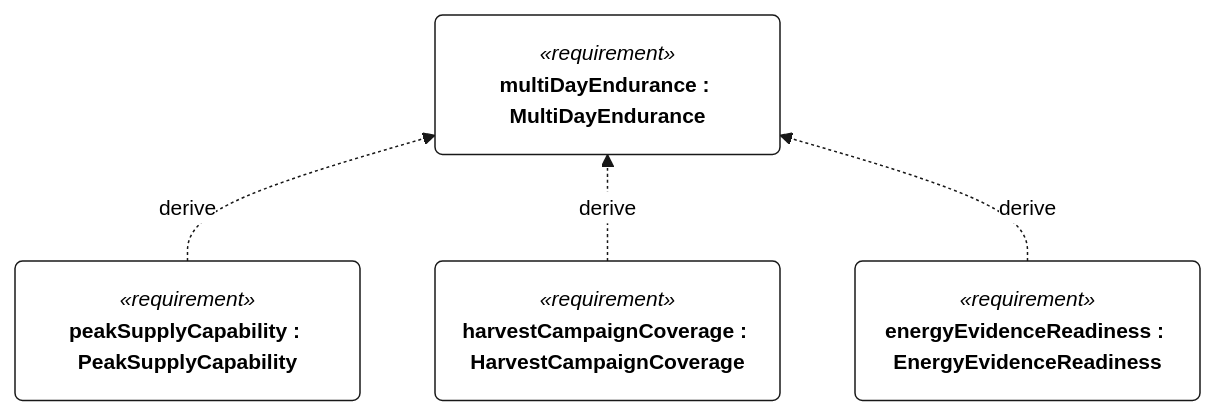
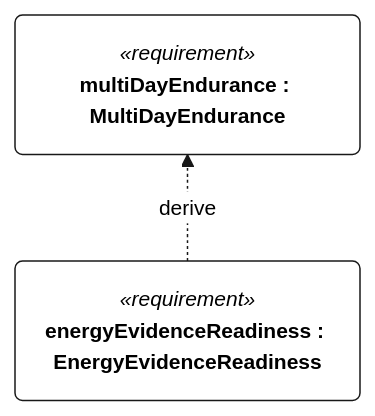
One commit to DavidIngraham/sv-blue-dog changed the second of 2 diagrams in docs/figures/requirements-m-002.md. Above: the diagram before and after it, drawn with Mermaid. The commit also changed other lines of this file and 130 other files, not shown here.

````diff
--- a/docs/figures/requirements-m-002.md
+++ b/docs/figures/requirements-m-002.md
@@ -72,43 +67,35 @@
 ```mermaid
 ---
 config:
   fontFamily: "Helvetica, Arial, sans-serif"
   theme: base
   themeCSS: ".edgeLabel rect { opacity: 1 !important; } .cluster-label .nodeLabel { text-align: center; }"
   themeVariables:
     fontFamily: "Helvetica, Arial, sans-serif"
     fontSize: "14px"
     primaryColor: "#FFFFFF"
     secondaryColor: "#FFFFFF"
     tertiaryColor: "#FFFFFF"
     background: "#FFFFFF"
     primaryBorderColor: "#181818"
     primaryTextColor: "#000000"
     lineColor: "#181818"
     textColor: "#000000"
     noteBkgColor: "#FEFFDD"
     noteBorderColor: "#181818"
     noteTextColor: "#000000"
     clusterBkg: "#FFFFFF"
     clusterBorder: "#181818"
     edgeLabelBackground: "#FFFFFF"
 ---
 %% BlueDogViews::multiDayEndurance2 — requirement rendering (view def GeneralView, filter @RequirementUsage)
-%% not represented: 225 node(s) without a position, left undrawn, and 425 edge(s) at them
+%% not represented: 55 node(s) without a position, left undrawn, and 57 edge(s) at them
 %% layout: n0 x=0 y=0
 %% layout: n1 x=0 y=200
-%% layout: n2 x=300 y=200
-%% layout: n3 x=600 y=200
 flowchart BT
   n0("`*«requirement»*
 **multiDayEndurance : MultiDayEndurance**`")
   n1("`*«requirement»*
-**peakSupplyCapability : PeakSupplyCapability**`")
-  n2("`*«requirement»*
-**harvestCampaignCoverage : HarvestCampaignCoverage**`")
-  n3("`*«requirement»*
 **energyEvidenceReadiness : EnergyEvidenceReadiness**`")
   n1 -.->|"derive"| n0
-  n2 -.->|"derive"| n0
-  n3 -.->|"derive"| n0
 ```
````
